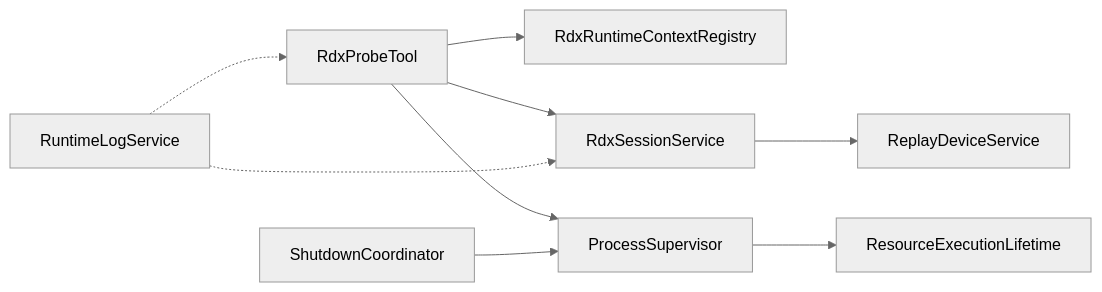
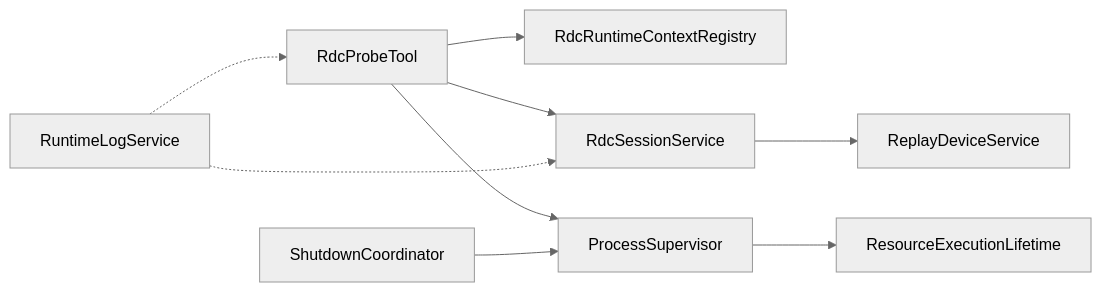
The eighth of 8 diagrams in .qoder/repowiki/zh/content/架构设计/核心组件设计/CLI调用器设计/探针生命周期管理.md (haolange/RDC-Agent), drawn with Mermaid (neutral theme) before and after one commit. The commit also changed other lines of this file and 557 other files, not shown here.

First line of the commit message:
Unify RDC-Agent identity and canonical RDC-Tool integration

````diff
--- a/.qoder/repowiki/zh/content/架构设计/核心组件设计/CLI调用器设计/探针生命周期管理.md
+++ b/.qoder/repowiki/zh/content/架构设计/核心组件设计/CLI调用器设计/探针生命周期管理.md
@@ -320,11 +320,11 @@
 ```mermaid
 graph LR
-Tool["RdxProbeTool"] --> Reg["RdxRuntimeContextRegistry"]
-Tool --> Svc["RdxSessionService"]
+Tool["RdcProbeTool"] --> Reg["RdcRuntimeContextRegistry"]
+Tool --> Svc["RdcSessionService"]
 Tool --> Proc["ProcessSupervisor"]
 Svc --> Dev["ReplayDeviceService"]
 Proc --> Res["ResourceExecutionLifetime"]
 Coord["ShutdownCoordinator"] --> Proc
 Log["RuntimeLogService"] -.-> Tool
 Log -.-> Svc
 ```
````
